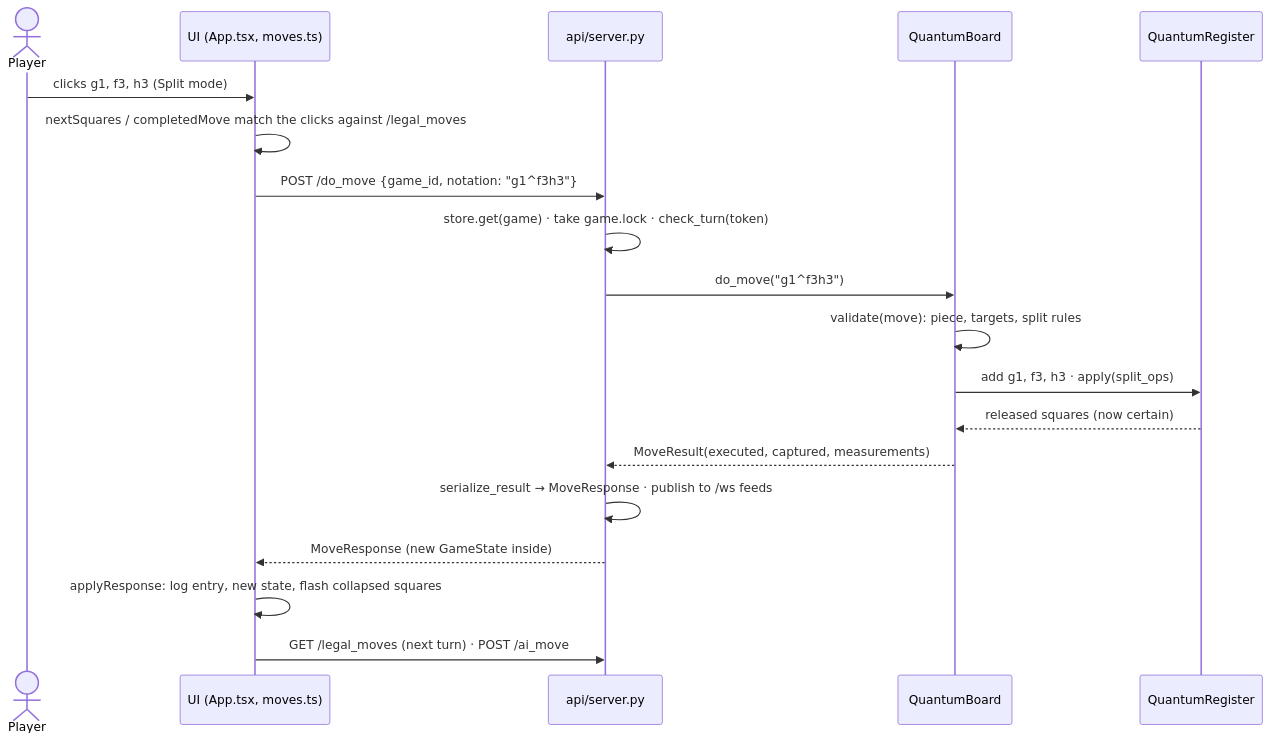
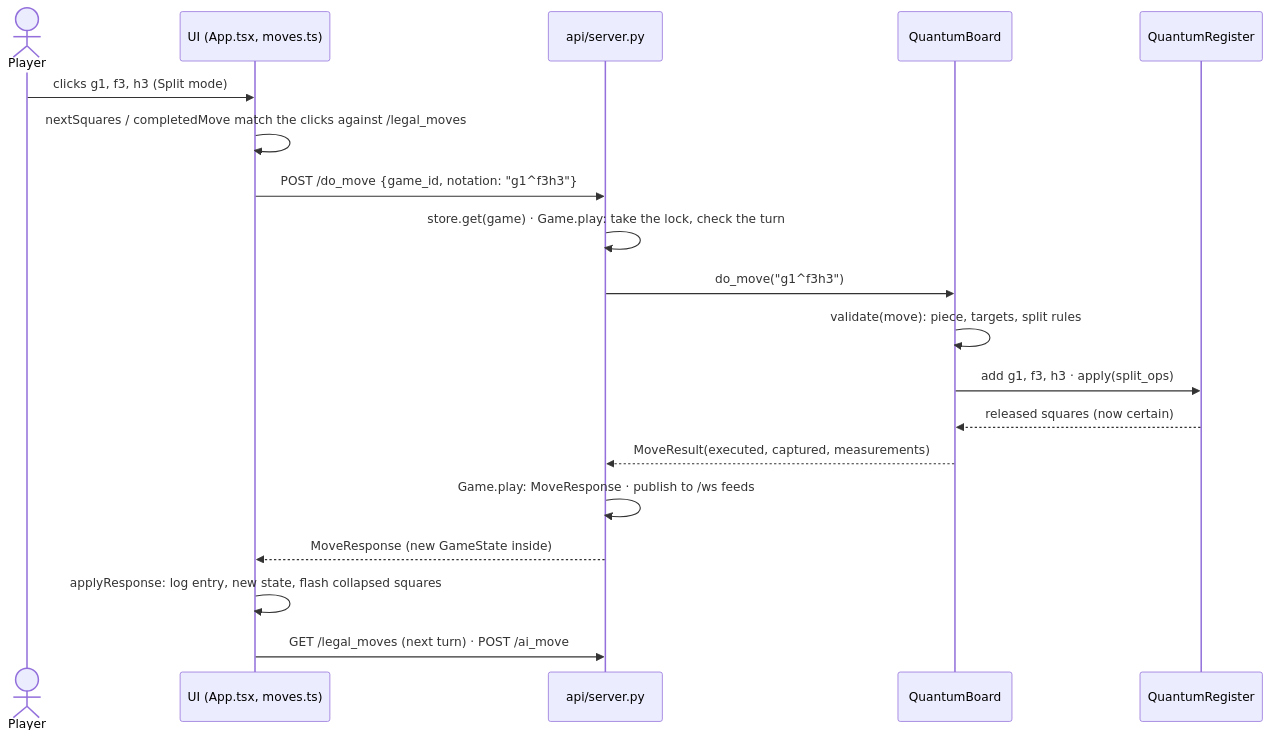
The third of 3 diagrams in docs/architecture.md (Andreas-Erick/Quantum-Chess-Engine), drawn with Mermaid before and after one commit. The commit also changed other lines of this file and 31 other files, not shown here.

````diff
--- a/docs/architecture.md
+++ b/docs/architecture.md
@@ -120,21 +120,21 @@
 ```mermaid
 sequenceDiagram
     actor Player
     participant UI as UI (App.tsx, moves.ts)
     participant API as api/server.py
     participant Board as QuantumBoard
     participant Reg as QuantumRegister
     Player->>UI: clicks g1, f3, h3 (Split mode)
     UI->>UI: nextSquares / completedMove match the clicks against /legal_moves
     UI->>API: POST /do_move {game_id, notation: "g1^f3h3"}
-    API->>API: store.get(game) · take game.lock · check_turn(token)
+    API->>API: store.get(game) · Game.play: take the lock, check the turn
     API->>Board: do_move("g1^f3h3")
     Board->>Board: validate(move): piece, targets, split rules
     Board->>Reg: add g1, f3, h3 · apply(split_ops)
     Reg-->>Board: released squares (now certain)
     Board-->>API: MoveResult(executed, captured, measurements)
-    API->>API: serialize_result → MoveResponse · publish to /ws feeds
+    API->>API: Game.play: MoveResponse · publish to /ws feeds
     API-->>UI: MoveResponse (new GameState inside)
     UI->>UI: applyResponse: log entry, new state, flash collapsed squares
     UI->>API: GET /legal_moves (next turn) · POST /ai_move
 ```
````
